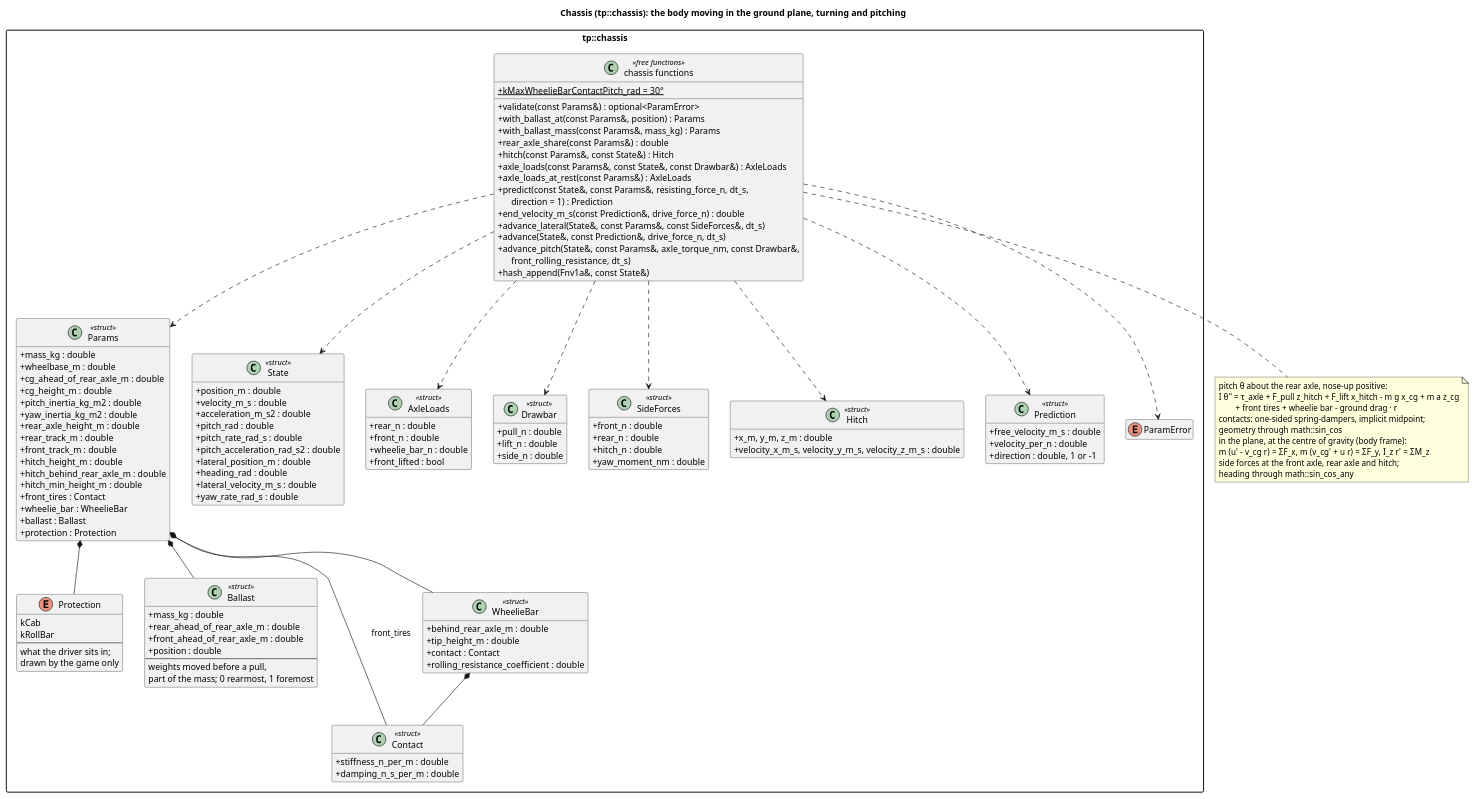
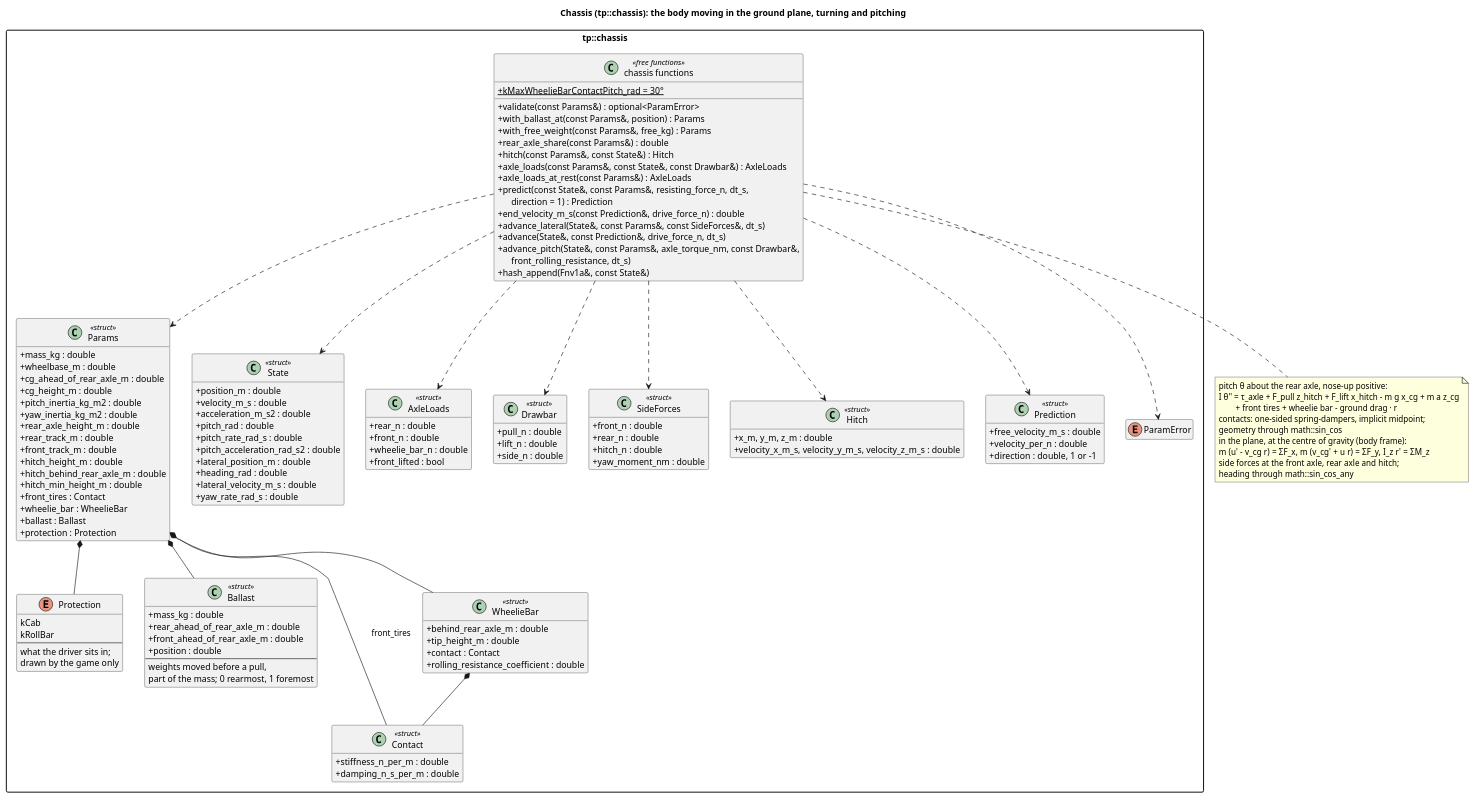
Before and after one commit to wversteeg/TractorPulling: the diagram in docs/diagrams/chassis_classes.puml, drawn with PlantUML. The commit also changed 10 other files, not shown here.

First line of the commit message:
WIP: free weight in place of bought weights

```diff
--- a/docs/diagrams/chassis_classes.puml
+++ b/docs/diagrams/chassis_classes.puml
@@ -1,132 +1,132 @@
 @startuml chassis_classes
 title Chassis (tp::chassis): the body moving in the ground plane, turning and pitching
 hide empty members
 skinparam packageStyle rectangle
 skinparam classAttributeIconSize 0
 
 package "tp::chassis" {
   class Params <<struct>> {
     +mass_kg : double
     +wheelbase_m : double
     +cg_ahead_of_rear_axle_m : double
     +cg_height_m : double
     +pitch_inertia_kg_m2 : double
     +yaw_inertia_kg_m2 : double
     +rear_axle_height_m : double
     +rear_track_m : double
     +front_track_m : double
     +hitch_height_m : double
     +hitch_behind_rear_axle_m : double
     +hitch_min_height_m : double
     +front_tires : Contact
     +wheelie_bar : WheelieBar
     +ballast : Ballast
     +protection : Protection
   }
   enum Protection {
     kCab
     kRollBar
     --
     what the driver sits in;
     drawn by the game only
   }
   class Ballast <<struct>> {
     +mass_kg : double
     +rear_ahead_of_rear_axle_m : double
     +front_ahead_of_rear_axle_m : double
     +position : double
     --
     weights moved before a pull,
     part of the mass; 0 rearmost, 1 foremost
   }
   class Contact <<struct>> {
     +stiffness_n_per_m : double
     +damping_n_s_per_m : double
   }
   class WheelieBar <<struct>> {
     +behind_rear_axle_m : double
     +tip_height_m : double
     +contact : Contact
     +rolling_resistance_coefficient : double
   }
   class State <<struct>> {
     +position_m : double
     +velocity_m_s : double
     +acceleration_m_s2 : double
     +pitch_rad : double
     +pitch_rate_rad_s : double
     +pitch_acceleration_rad_s2 : double
     +lateral_position_m : double
     +heading_rad : double
     +lateral_velocity_m_s : double
     +yaw_rate_rad_s : double
   }
   class AxleLoads <<struct>> {
     +rear_n : double
     +front_n : double
     +wheelie_bar_n : double
     +front_lifted : bool
   }
   class Drawbar <<struct>> {
     +pull_n : double
     +lift_n : double
     +side_n : double
   }
   class SideForces <<struct>> {
     +front_n : double
     +rear_n : double
     +hitch_n : double
     +yaw_moment_nm : double
   }
   class Hitch <<struct>> {
     +x_m, y_m, z_m : double
     +velocity_x_m_s, velocity_y_m_s, velocity_z_m_s : double
   }
   class Prediction <<struct>> {
     +free_velocity_m_s : double
     +velocity_per_n : double
     +direction : double, 1 or -1
   }
   enum ParamError
   class "chassis functions" as ChassisFns <<free functions>> {
     +{static} kMaxWheelieBarContactPitch_rad = 30°
     +validate(const Params&) : optional<ParamError>
     +with_ballast_at(const Params&, position) : Params
-    +with_ballast_mass(const Params&, mass_kg) : Params
+    +with_free_weight(const Params&, free_kg) : Params
     +rear_axle_share(const Params&) : double
     +hitch(const Params&, const State&) : Hitch
     +axle_loads(const Params&, const State&, const Drawbar&) : AxleLoads
     +axle_loads_at_rest(const Params&) : AxleLoads
     +predict(const State&, const Params&, resisting_force_n, dt_s,\n      direction = 1) : Prediction
     +end_velocity_m_s(const Prediction&, drive_force_n) : double
     +advance_lateral(State&, const Params&, const SideForces&, dt_s)
     +advance(State&, const Prediction&, drive_force_n, dt_s)
     +advance_pitch(State&, const Params&, axle_torque_nm, const Drawbar&,\n      front_rolling_resistance, dt_s)
     +hash_append(Fnv1a&, const State&)
   }
   Params *-- Contact : front_tires
   Params *-- WheelieBar
   Params *-- Ballast
   Params *-- Protection
   WheelieBar *-- Contact
   ChassisFns ..> Params
   ChassisFns ..> State
   ChassisFns ..> AxleLoads
   ChassisFns ..> Prediction
   ChassisFns ..> Drawbar
   ChassisFns ..> Hitch
   ChassisFns ..> SideForces
   ChassisFns ..> ParamError
 }
 note bottom of ChassisFns
   pitch θ about the rear axle, nose-up positive:
   I θ'' = τ_axle + F_pull z_hitch + F_lift x_hitch - m g x_cg + m a z_cg
           + front tires + wheelie bar - ground drag · r
   contacts: one-sided spring-dampers, implicit midpoint;
   geometry through math::sin_cos
   in the plane, at the centre of gravity (body frame):
   m (u' - v_cg r) = ΣF_x,  m (v_cg' + u r) = ΣF_y,  I_z r' = ΣM_z
   side forces at the front axle, rear axle and hitch;
   heading through math::sin_cos_any
 end note
 @enduml
```
